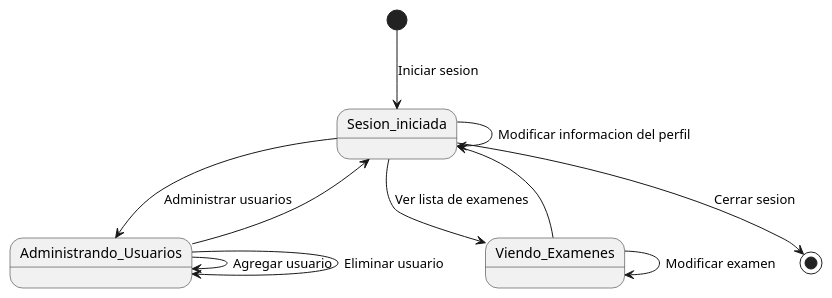
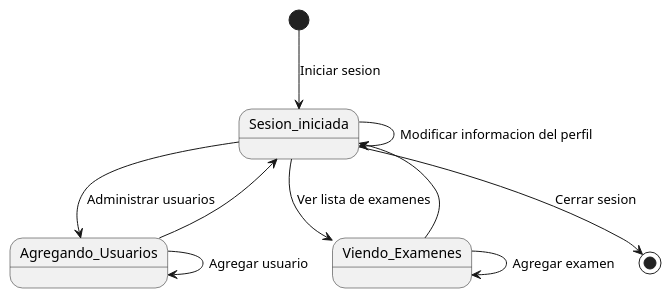
One commit to Carverz/IS-022023_Proyecto-Grupo-4 changed the diagram in docs/scenariosView/DiagramaDeEstadosDeUseCasesAdmin.plantuml. Above: the diagram before and after it, drawn with PlantUML. The commit also changed 1 other file, not shown here.

Commit message:
Modificacion DiagramaDeEstadosDeUseCasesAdmin

```diff
--- a/docs/scenariosView/DiagramaDeEstadosDeUseCasesAdmin.plantuml
+++ b/docs/scenariosView/DiagramaDeEstadosDeUseCasesAdmin.plantuml
@@ -1,17 +1,16 @@
-@startuml
+@startuml DiagramaDeEstadosDeUseCasesAdmin
 skinparam Style strictuml
 
 
 [*] --> Sesion_iniciada: Iniciar sesion
 Sesion_iniciada --> Sesion_iniciada: Modificar informacion del perfil
-Sesion_iniciada --> Administrando_Usuarios: Administrar usuarios
-Administrando_Usuarios --> Administrando_Usuarios: Agregar usuario
-Administrando_Usuarios --> Administrando_Usuarios: Eliminar usuario
-Administrando_Usuarios --> Sesion_iniciada
+Sesion_iniciada --> Agregando_Usuarios: Administrar usuarios
+Agregando_Usuarios --> Agregando_Usuarios: Agregar usuario
+Agregando_Usuarios --> Sesion_iniciada
 
 Sesion_iniciada --> Viendo_Examenes: Ver lista de examenes
-Viendo_Examenes --> Viendo_Examenes: Modificar examen
+Viendo_Examenes --> Viendo_Examenes: Agregar examen
 Viendo_Examenes --> Sesion_iniciada
 Sesion_iniciada --> [*]: Cerrar sesion
 
 @enduml
```
